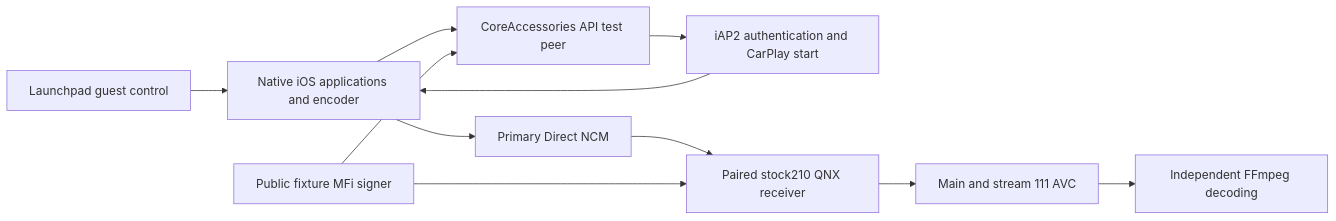
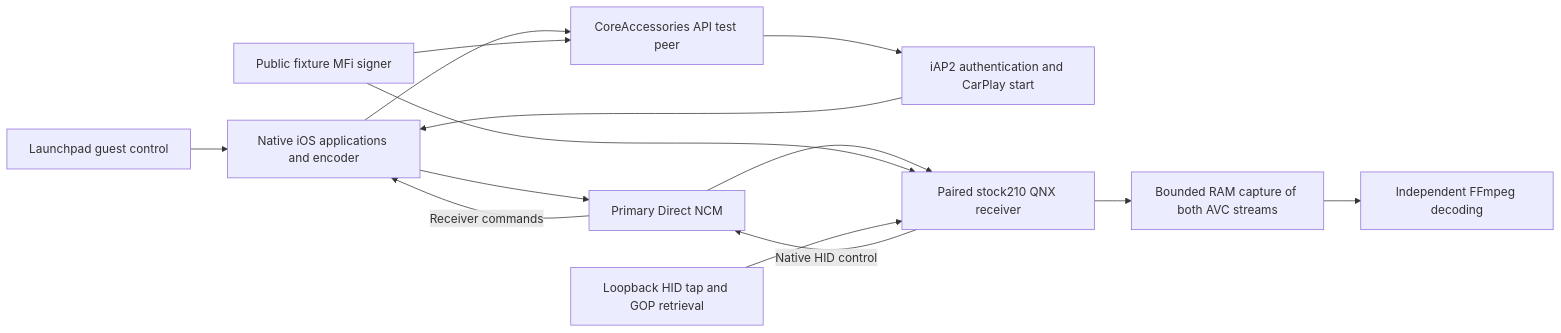
One commit to luka-dev/mib2q-carplay-rgi changed the first of 2 diagrams in docs/wireless-carplay/VPHONE_LAB.md. Above: the diagram before and after it, drawn with Mermaid. The commit also changed other lines of this file and 17 other files, not shown here.

Commit message:
Validate native Maps, QNX HID input and CarPlay pacing with RAM capture

````diff
--- a/docs/wireless-carplay/VPHONE_LAB.md
+++ b/docs/wireless-carplay/VPHONE_LAB.md
@@ -80,16 +80,19 @@
 ```mermaid
 flowchart LR
     accTitle: vphone CarPlay Laboratory Migration
     accDescr: A native CoreAccessories API peer authenticates iAP2 and requests CarPlay. Direct NCM carries the paired stock210 QNX session and both H264 screen streams for independent host decoding.
 
     launchpad["Launchpad guest control"] --> ios_guest["Native iOS applications and encoder"]
     ios_guest --> api_peer["CoreAccessories API test peer"]
     mfi_signer["Public fixture MFi signer"] --> api_peer
     api_peer --> native_iap["iAP2 authentication and CarPlay start"]
     native_iap --> ios_guest
     ios_guest --> ethernet_adapter["Primary Direct NCM"]
     ethernet_adapter --> qnx_receiver["Paired stock210 QNX receiver"]
+    ethernet_adapter -->|"Receiver commands"| ios_guest
     mfi_signer --> qnx_receiver
-    qnx_receiver --> video_capture["Main and stream 111 AVC"]
+    host_control["Loopback HID tap and GOP retrieval"] --> qnx_receiver
+    qnx_receiver -->|"Native HID control"| ethernet_adapter
+    qnx_receiver --> video_capture["Bounded RAM capture of both AVC streams"]
     video_capture --> independent_decode["Independent FFmpeg decoding"]
 ```
````
